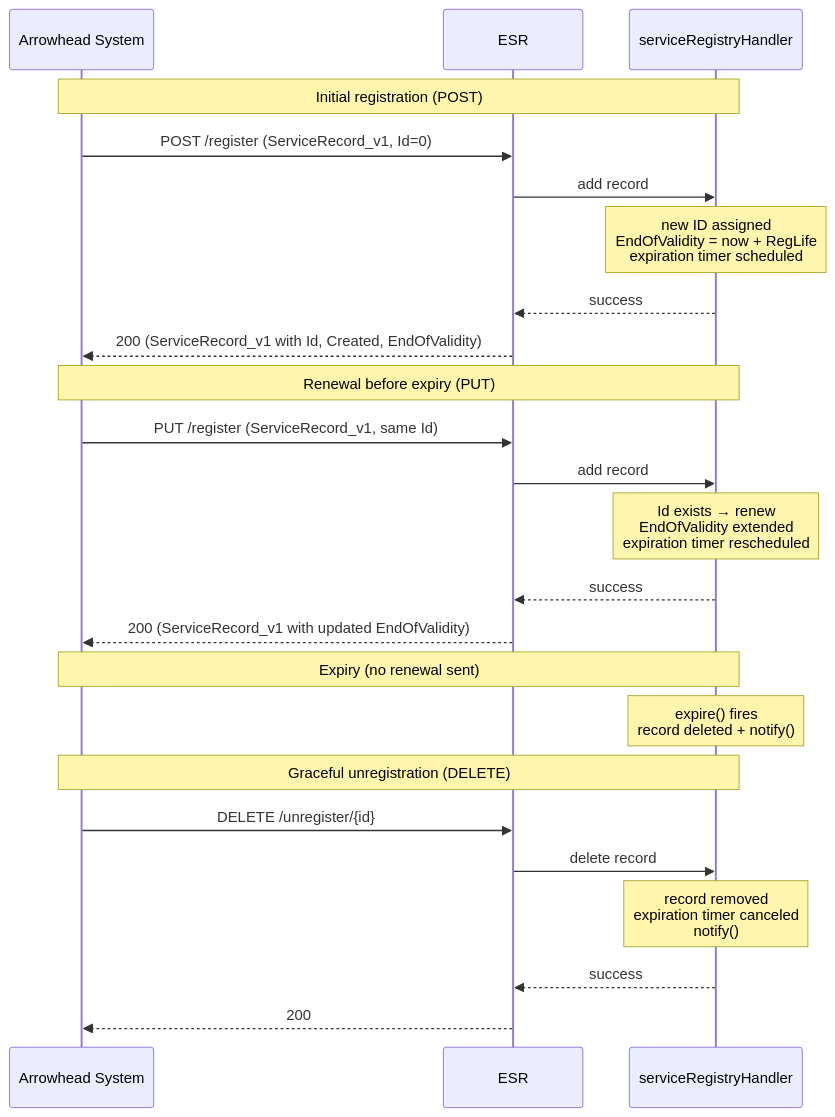
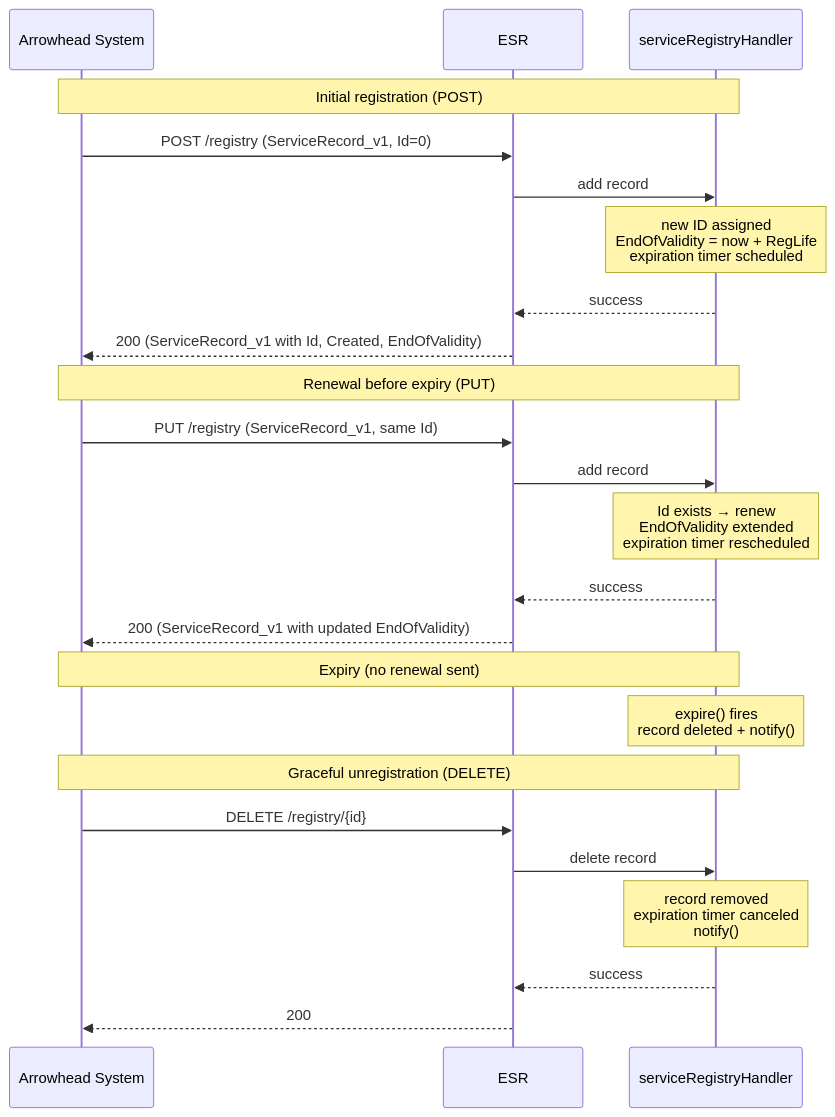
Before and after one commit to sdoque/systems: the first of 2 diagrams in esr/README.md, drawn with Mermaid. The commit also changed other lines of this file and 4 other files, not shown here.

````diff
--- a/esr/README.md
+++ b/esr/README.md
@@ -31,34 +31,34 @@
 ```mermaid
 sequenceDiagram
     participant System as Arrowhead System
     participant ESR
     participant Registry as serviceRegistryHandler
 
     Note over System,Registry: Initial registration (POST)
 
-    System->>ESR: POST /register  (ServiceRecord_v1, Id=0)
+    System->>ESR: POST /registry  (ServiceRecord_v1, Id=0)
     ESR->>Registry: add record
     Note over Registry: new ID assigned<br/>EndOfValidity = now + RegLife<br/>expiration timer scheduled
     Registry-->>ESR: success
     ESR-->>System: 200  (ServiceRecord_v1 with Id, Created, EndOfValidity)
 
     Note over System,Registry: Renewal before expiry (PUT)
 
-    System->>ESR: PUT /register  (ServiceRecord_v1, same Id)
+    System->>ESR: PUT /registry  (ServiceRecord_v1, same Id)
     ESR->>Registry: add record
     Note over Registry: Id exists → renew<br/>EndOfValidity extended<br/>expiration timer rescheduled
     Registry-->>ESR: success
     ESR-->>System: 200  (ServiceRecord_v1 with updated EndOfValidity)
 
     Note over System,Registry: Expiry (no renewal sent)
 
     Note over Registry: expire() fires<br/>record deleted + notify()
 
     Note over System,Registry: Graceful unregistration (DELETE)
 
-    System->>ESR: DELETE /unregister/{id}
+    System->>ESR: DELETE /registry/{id}
     ESR->>Registry: delete record
     Note over Registry: record removed<br/>expiration timer canceled<br/>notify()
     Registry-->>ESR: success
     ESR-->>System: 200
 ```
````
